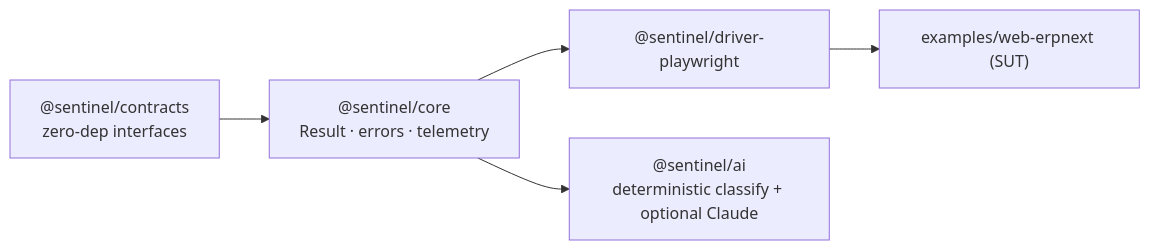
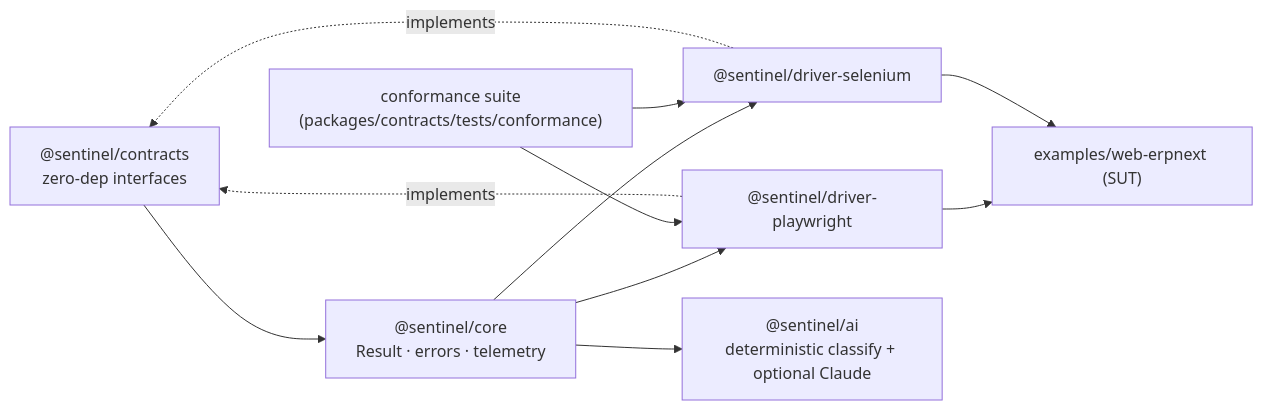
Before and after one commit to ZeeshanAmjad0495/sentinel-e2e: the diagram in README.md, drawn with Mermaid. The commit also changed other lines of this file, not shown here.

Commit message:
docs(readme): document slices B and C (analyzer, selenium driver, conformance, roadmap)

````diff
--- a/README.md
+++ b/README.md
@@ -13,7 +13,13 @@
 ```mermaid
 graph LR
   contracts["@sentinel/contracts<br/>zero-dep interfaces"] --> core["@sentinel/core<br/>Result · errors · telemetry"]
-  core --> driver["@sentinel/driver-playwright"]
+  core --> driverPw["@sentinel/driver-playwright"]
+  core --> driverSe["@sentinel/driver-selenium"]
   core --> ai["@sentinel/ai<br/>deterministic classify + optional Claude"]
-  driver --> example["examples/web-erpnext (SUT)"]
+  driverPw -. implements .-> contracts
+  driverSe -. implements .-> contracts
+  conformance["conformance suite<br/>(packages/contracts/tests/conformance)"] --> driverPw
+  conformance --> driverSe
+  driverPw --> example["examples/web-erpnext (SUT)"]
+  driverSe --> example
 ```
````
